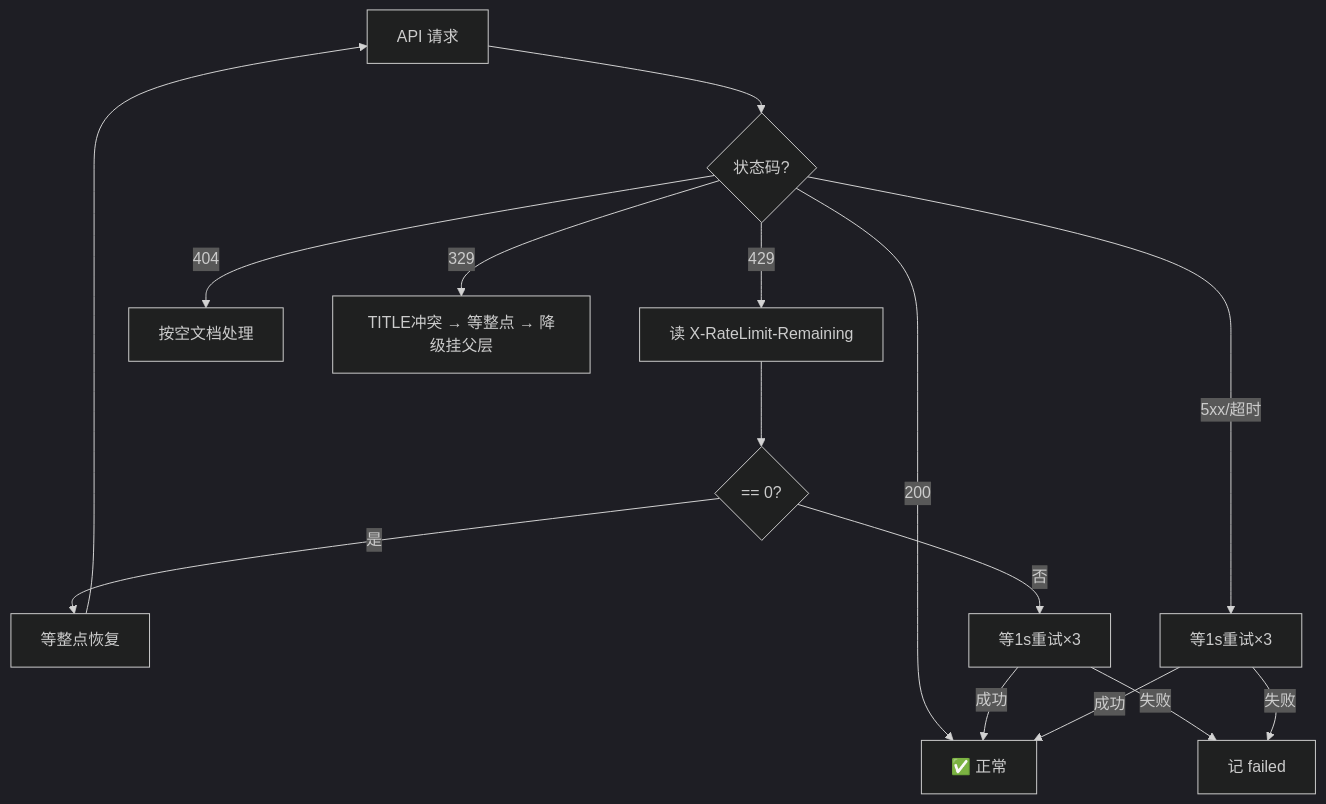
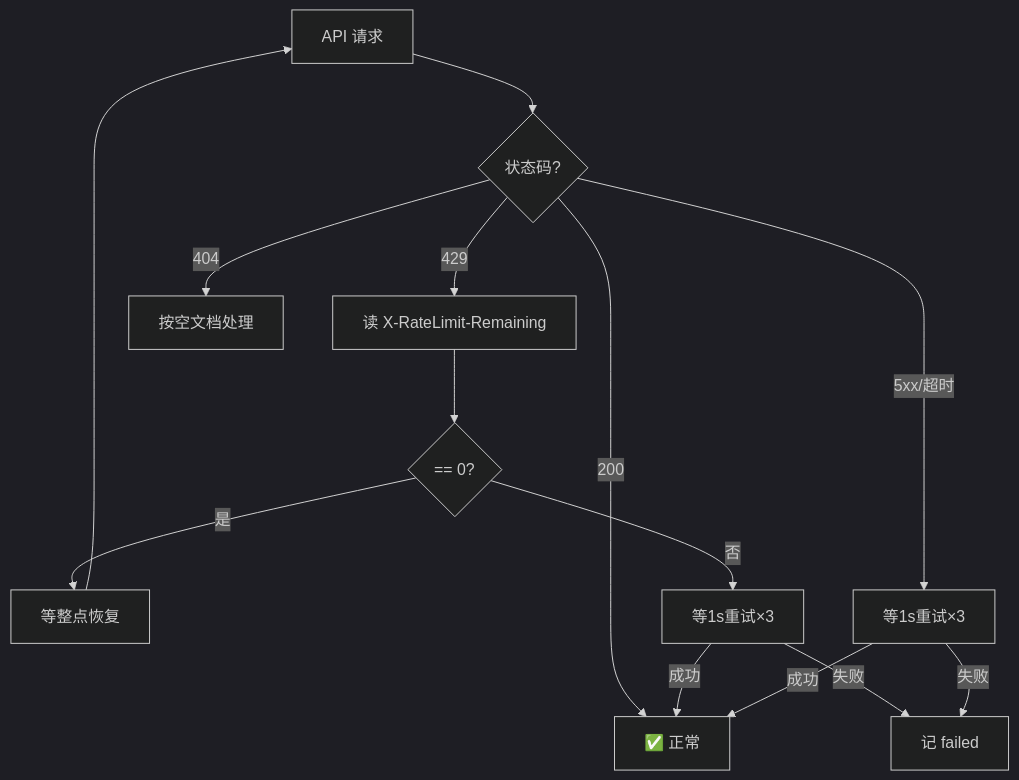
The third of 4 diagrams in README.md (yehuoshun/yuque-migration-skill), drawn with Mermaid (dark theme) before and after one commit. The commit also changed 1 other file, not shown here.

Commit message:
fix: 删除不存在的329状态码，TITLE失败统一降级挂父层+记orphans

````diff
--- a/README.md
+++ b/README.md
@@ -213,16 +213,15 @@
 ```mermaid
 flowchart TD
     A["API 请求"] --> B{"状态码?"}
     B -->|200| C["✅ 正常"]
     B -->|429| D["读 X-RateLimit-Remaining"]
     D --> D1{"== 0?"}
     D1 -->|是| D2["等整点恢复"] --> A
     D1 -->|否| D3["等1s重试×3"]
     D3 -->|成功| C
     D3 -->|失败| F["记 failed"]
     B -->|404| E["按空文档处理"]
     B -->|5xx/超时| F1["等1s重试×3"]
     F1 -->|成功| C
     F1 -->|失败| F
-    B -->|329| G["TITLE冲突 → 等整点 → 降级挂父层"]
 ```
````
